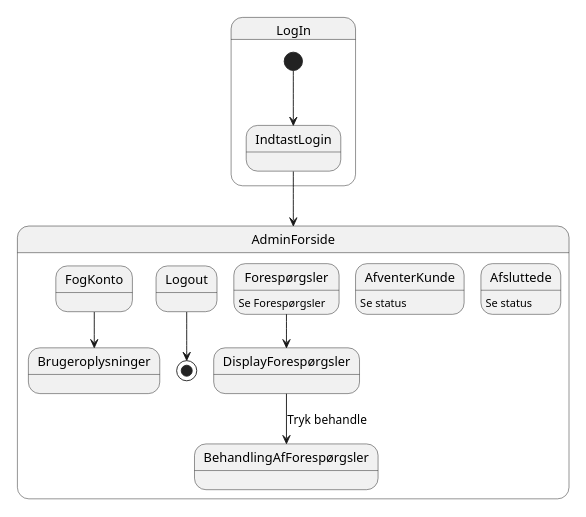
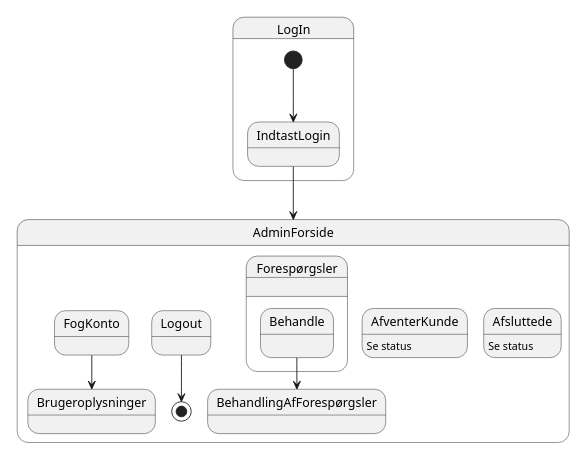
The diagram in doc/first_AdminNavigationsDiagram.puml (TeodoraM24/Carport2024), drawn with PlantUML before and after one commit. The commit also changed 4 other files, not shown here.

Commit message:
UML 4 NavigationsDiagram rettelser

```diff
--- a/doc/first_AdminNavigationsDiagram.puml
+++ b/doc/first_AdminNavigationsDiagram.puml
@@ -1,26 +1,29 @@
 @startuml
 'https://plantuml.com/state-diagram
 
 scale 350 width
 
 state LogIn {
 [*] --> IndtastLogin
 }
 
 IndtastLogin --> AdminForside
 
 state AdminForside {
  FogKonto --> Brugeroplysninger
  Logout --> [*]
- Forespørgsler : Se Forespørgsler
- Forespørgsler --> DisplayForespørgsler
- DisplayForespørgsler --> BehandlingAfForespørgsler : Tryk behandle
+ Forespørgsler :
+ state Forespørgsler {
+ Behandle:
+ }
+
+ Behandle --> BehandlingAfForespørgsler
  AfventerKunde : Se status
  Afsluttede : Se status
 
  }
 
 
 
 
 @enduml
```
